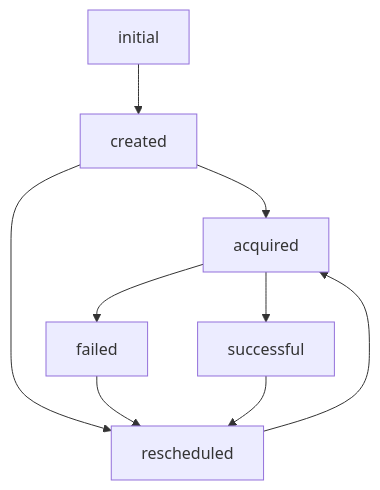
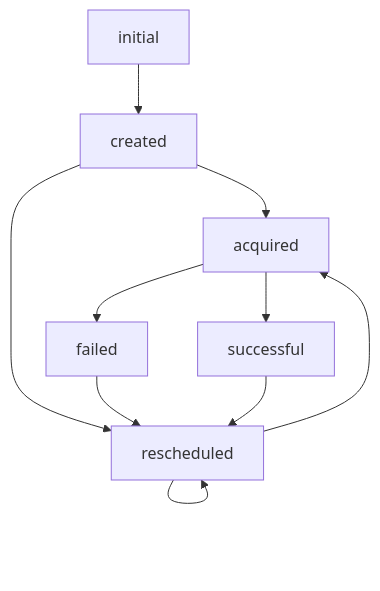
One commit to yarhrn/rozklad changed the diagram in README.MD. Above: the diagram before and after it, drawn with Mermaid. The commit also changed other lines of this file and 12 other files, not shown here.

````diff
--- a/README.MD
+++ b/README.MD
@@ -39,11 +46,12 @@
 ```mermaid
 flowchart TD
     initial --> created 
     created --> acquired
     acquired --> successful
     acquired --> failed
     created --> rescheduled
-    rescheduled --> acquired
     failed --> rescheduled
     successful --> rescheduled
+    rescheduled --> rescheduled
+    rescheduled --> acquired
 ```
````
